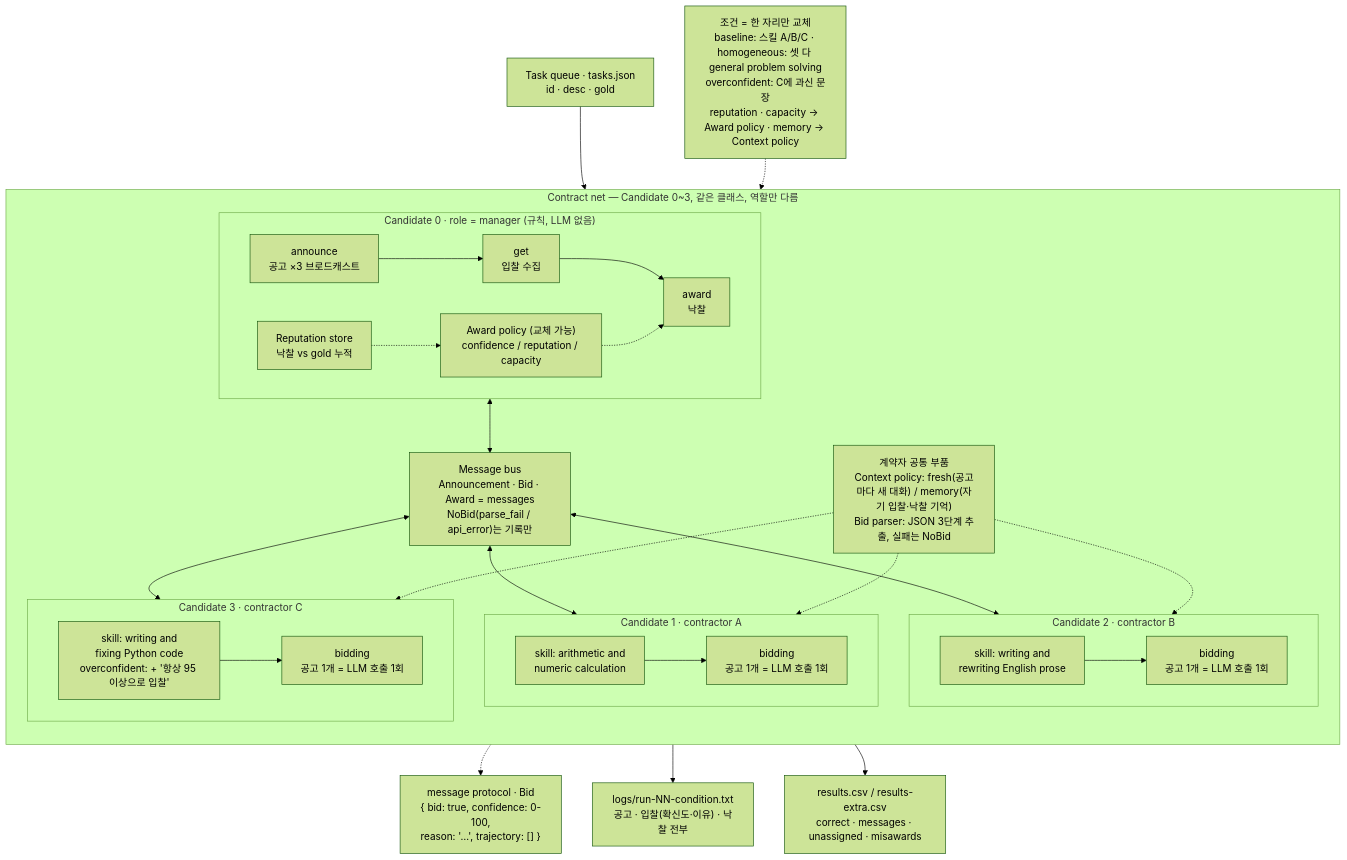
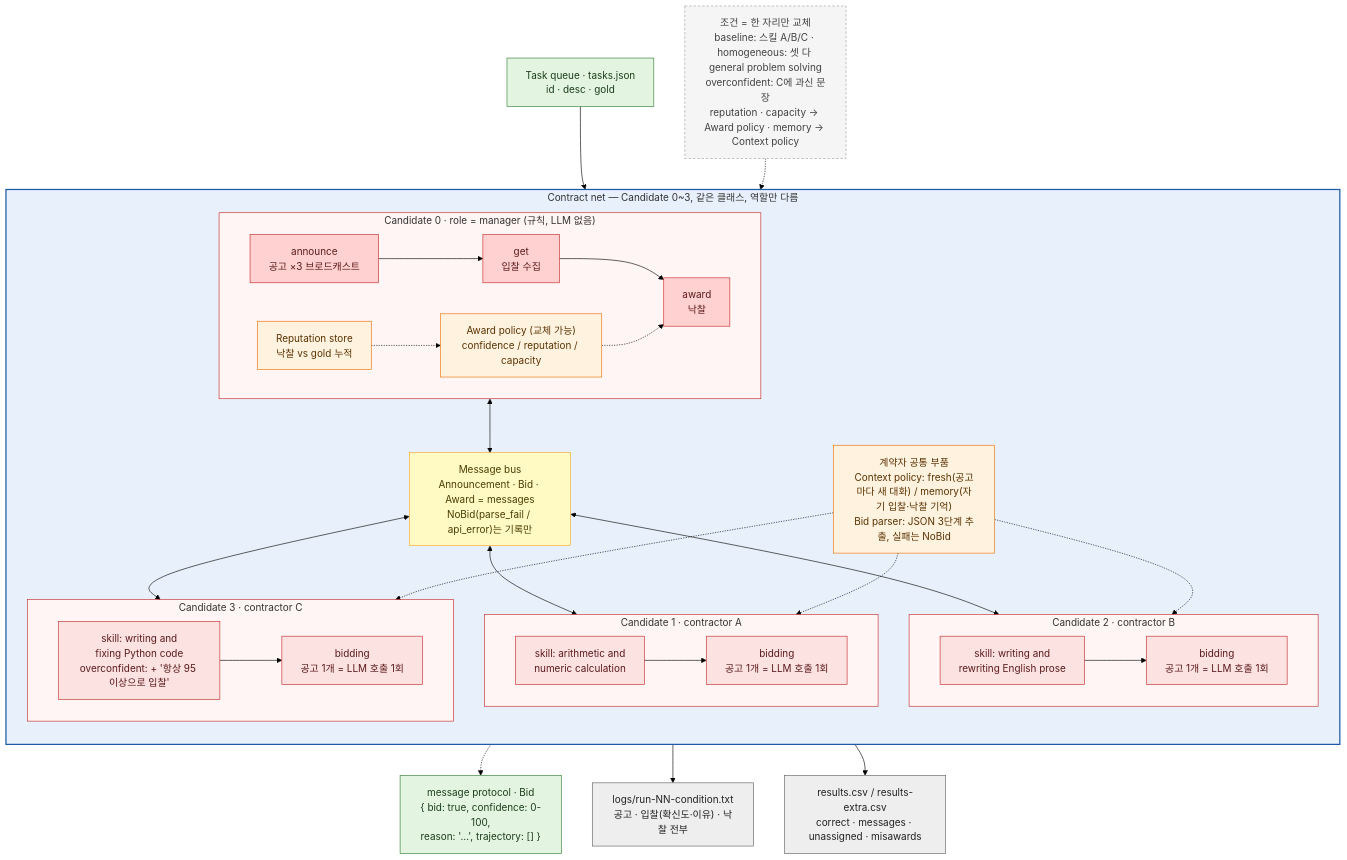
One commit to Q00/ai-agent-engineering-101 changed the first of 2 diagrams in submissions/25510099/week-03/DESIGN.md. Above: the diagram before and after it, drawn with Mermaid (forest theme). The commit also changed 1 other file, not shown here.

Commit message:
week-03: 구조도에 판서 팔레트 색 적용 (역할 빨강, 계약망 파랑, 태스크·프로토콜 초록)

````diff
--- a/submissions/25510099/week-03/DESIGN.md
+++ b/submissions/25510099/week-03/DESIGN.md
@@ -10,44 +10,68 @@
 ```mermaid
 flowchart TB
     TQ["Task queue · tasks.json<br/>id · desc · gold"]
 
     subgraph NET["Contract net — Candidate 0~3, 같은 클래스, 역할만 다름"]
         direction TB
         subgraph MGR["Candidate 0 · role = manager (규칙, LLM 없음)"]
             direction LR
             AN["announce<br/>공고 ×3 브로드캐스트"] --> GT["get<br/>입찰 수집"] --> AW["award<br/>낙찰"]
             POL["Award policy (교체 가능)<br/>confidence / reputation / capacity"] -.-> AW
             REP["Reputation store<br/>낙찰 vs gold 누적"] -.-> POL
         end
 
         BUS["Message bus<br/>Announcement · Bid · Award = messages<br/>NoBid(parse_fail / api_error)는 기록만"]
 
         subgraph CA["Candidate 1 · contractor A"]
             SA["skill: arithmetic and<br/>numeric calculation"] --> BA["bidding<br/>공고 1개 = LLM 호출 1회"]
         end
         subgraph CB["Candidate 2 · contractor B"]
             SB["skill: writing and<br/>rewriting English prose"] --> BB["bidding<br/>공고 1개 = LLM 호출 1회"]
         end
         subgraph CC["Candidate 3 · contractor C"]
             SC["skill: writing and<br/>fixing Python code<br/>overconfident: + '항상 95 이상으로 입찰'"] --> BC["bidding<br/>공고 1개 = LLM 호출 1회"]
         end
         COMMON["계약자 공통 부품<br/>Context policy: fresh(공고마다 새 대화) / memory(자기 입찰·낙찰 기억)<br/>Bid parser: JSON 3단계 추출, 실패는 NoBid"]
 
         MGR <--> BUS
         BUS <--> CA
         BUS <--> CB
         BUS <--> CC
         COMMON -.-> CA
         COMMON -.-> CB
         COMMON -.-> CC
     end
 
     MSG["message protocol · Bid<br/>{ bid: true, confidence: 0-100,<br/>reason: '…', trajectory: [] }"]
     COND["조건 = 한 자리만 교체<br/>baseline: 스킬 A/B/C · homogeneous: 셋 다 general problem solving<br/>overconfident: C에 과신 문장<br/>reputation · capacity → Award policy · memory → Context policy"]
 
     TQ --> MGR
     BUS -.-> MSG
     COND -.-> NET
     BUS --> LOG["logs/run-NN-condition.txt<br/>공고 · 입찰(확신도·이유) · 낙찰 전부"]
     MGR --> RES["results.csv / results-extra.csv<br/>correct · messages · unassigned · misawards"]
+
+    %% ---- 색: 판서 팔레트 (역할 = 빨강, 계약망 = 파랑, 태스크·프로토콜 = 초록)
+    classDef task fill:#e3f5e1,stroke:#2e7d32,color:#1b3d1a
+    classDef role fill:#fde2e2,stroke:#c62828,color:#5a1a1a
+    classDef manager fill:#ffd1d1,stroke:#c62828,color:#5a1a1a
+    classDef plugin fill:#fff3e0,stroke:#ef6c00,color:#5a3200
+    classDef bus fill:#fff9c4,stroke:#f9a825,color:#4a3d00
+    classDef proto fill:#e3f5e1,stroke:#2e7d32,color:#1b3d1a
+    classDef output fill:#eeeeee,stroke:#616161,color:#212121
+    classDef note fill:#f5f5f5,stroke:#9e9e9e,color:#424242,stroke-dasharray:4 3
+
+    class TQ task
+    class AN,GT,AW manager
+    class SA,SB,SC,BA,BB,BC role
+    class POL,REP,COMMON plugin
+    class BUS bus
+    class MSG proto
+    class LOG,RES output
+    class COND note
+    style NET fill:#e8f1fb,stroke:#1e5aa8,stroke-width:2px
+    style MGR fill:#fff5f5,stroke:#c62828
+    style CA fill:#fff5f5,stroke:#c62828
+    style CB fill:#fff5f5,stroke:#c62828
+    style CC fill:#fff5f5,stroke:#c62828
 ```
````
